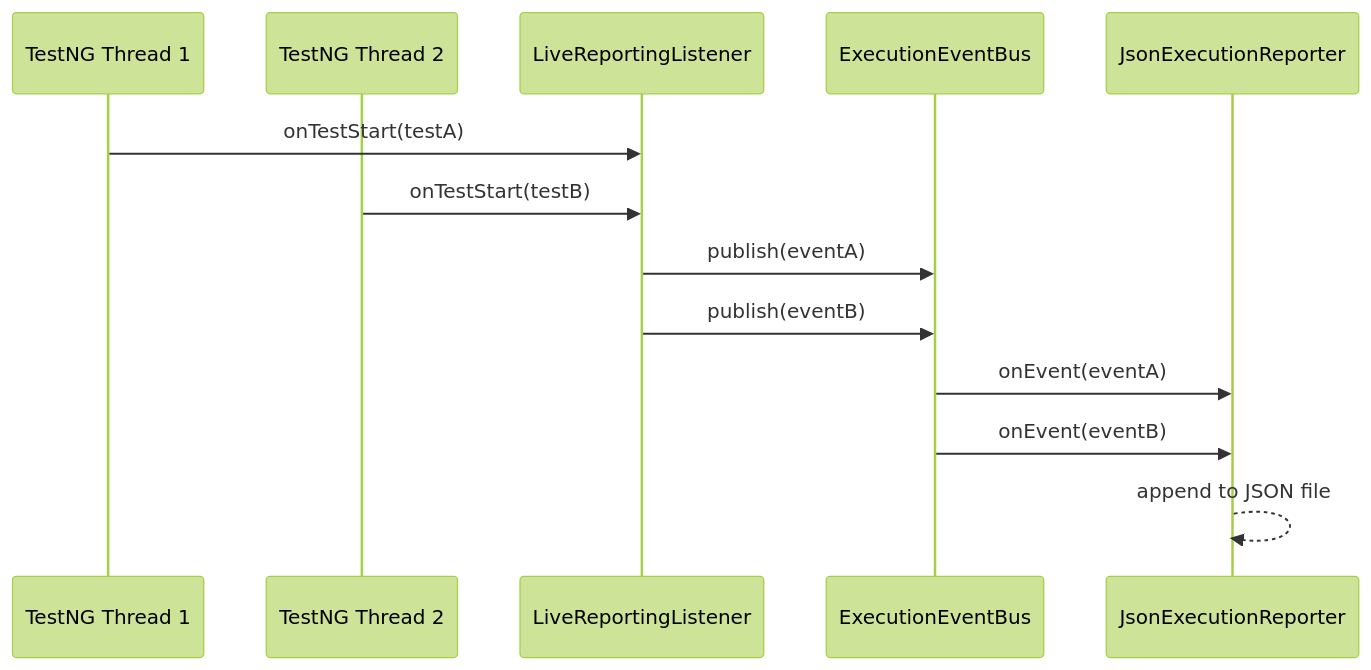
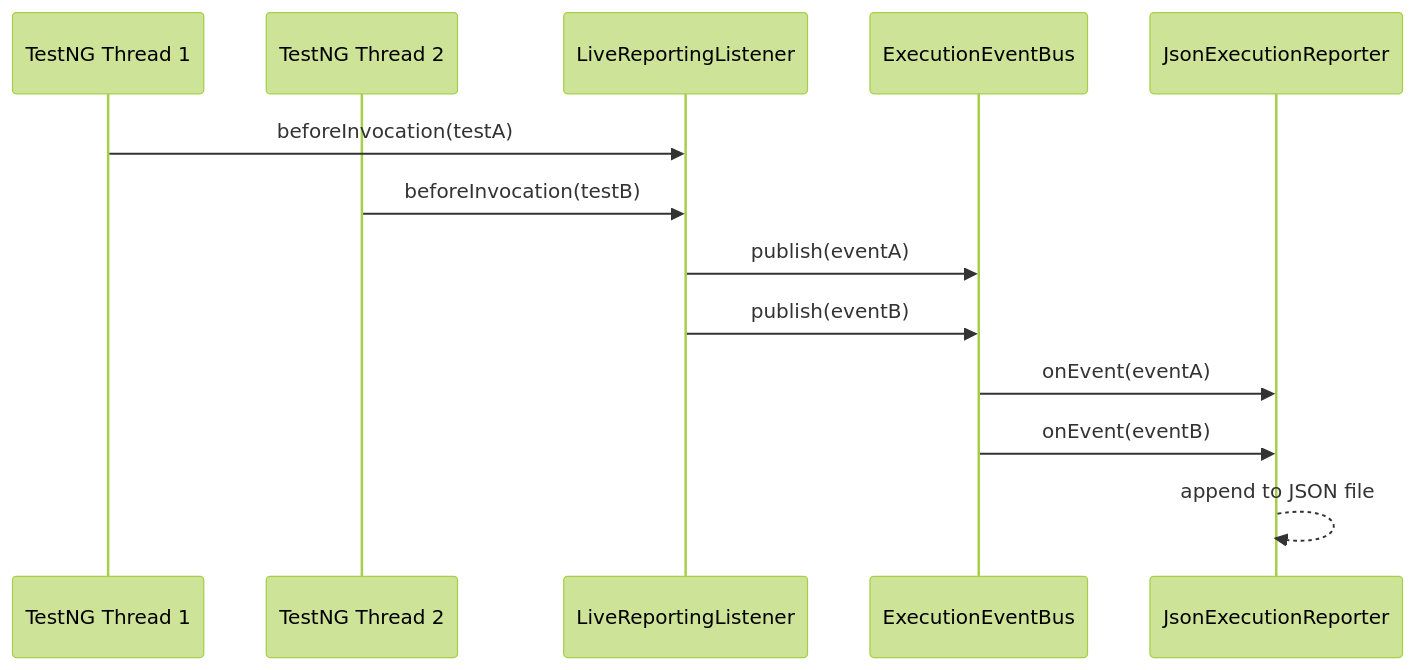
The second of 4 diagrams in README.md (prmiguel/testng-live-reporter), drawn with Mermaid (forest theme) before and after one commit. The commit also changed other lines of this file and 31 other files, not shown here.

````diff
--- a/README.md
+++ b/README.md
@@ -117,16 +117,16 @@
 ```mermaid
 sequenceDiagram
     participant T1 as TestNG Thread 1
     participant T2 as TestNG Thread 2
     participant L as LiveReportingListener
     participant EB as ExecutionEventBus
     participant R as JsonExecutionReporter
 
-    T1->>L: onTestStart(testA)
-    T2->>L: onTestStart(testB)
+    T1->>L: beforeInvocation(testA)
+    T2->>L: beforeInvocation(testB)
     L->>EB: publish(eventA)
     L->>EB: publish(eventB)
     EB->>R: onEvent(eventA)
     EB->>R: onEvent(eventB)
     R-->>R: append to JSON file
 ```
````
